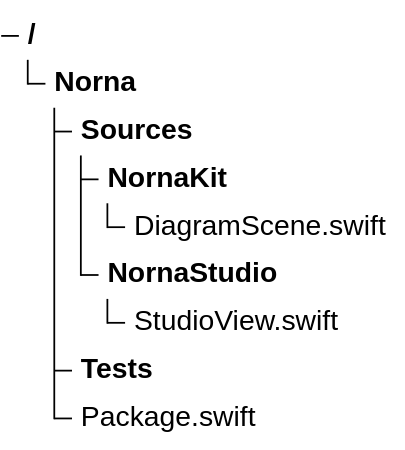
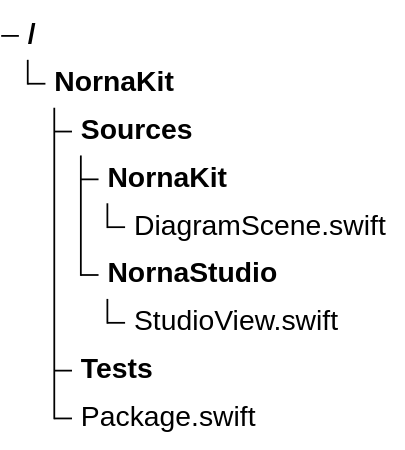
The diagram in website/dist/assets/treeView-zh.mmd (dufu1991/nornakit), drawn with Mermaid (forest theme) before and after one commit. The commit also changed 100 other files, not shown here.

Commit message:
feat: 统一 NornaKit 命名并配置静态站点部署

```diff
--- a/website/dist/assets/treeView-zh.mmd
+++ b/website/dist/assets/treeView-zh.mmd
@@ -1,9 +1,9 @@
 treeView-beta
-    Norna/
+    NornaKit/
         Sources/
             NornaKit/
                 DiagramScene.swift
             NornaStudio/
                 StudioView.swift
         Tests/
         Package.swift
```
